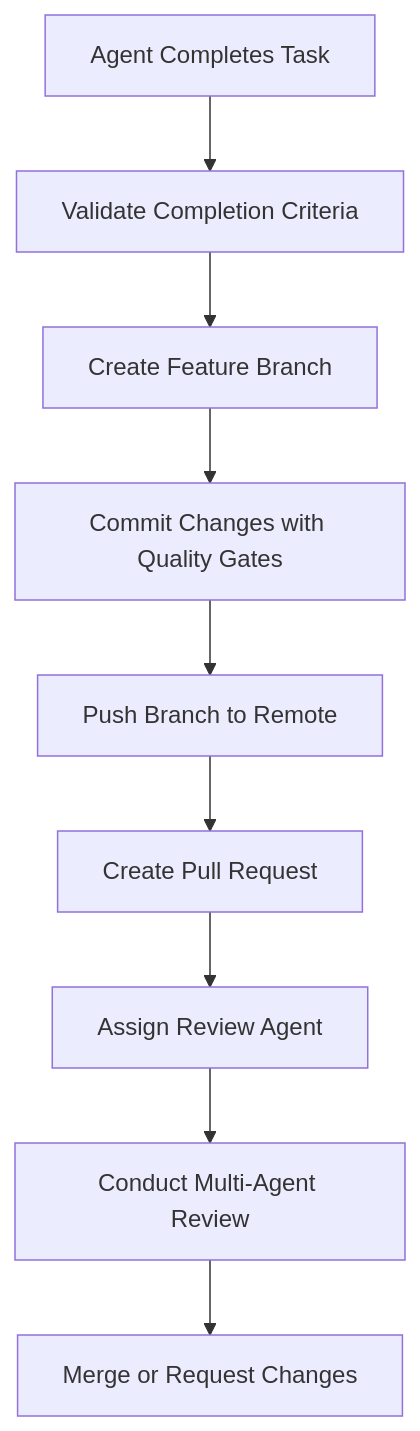
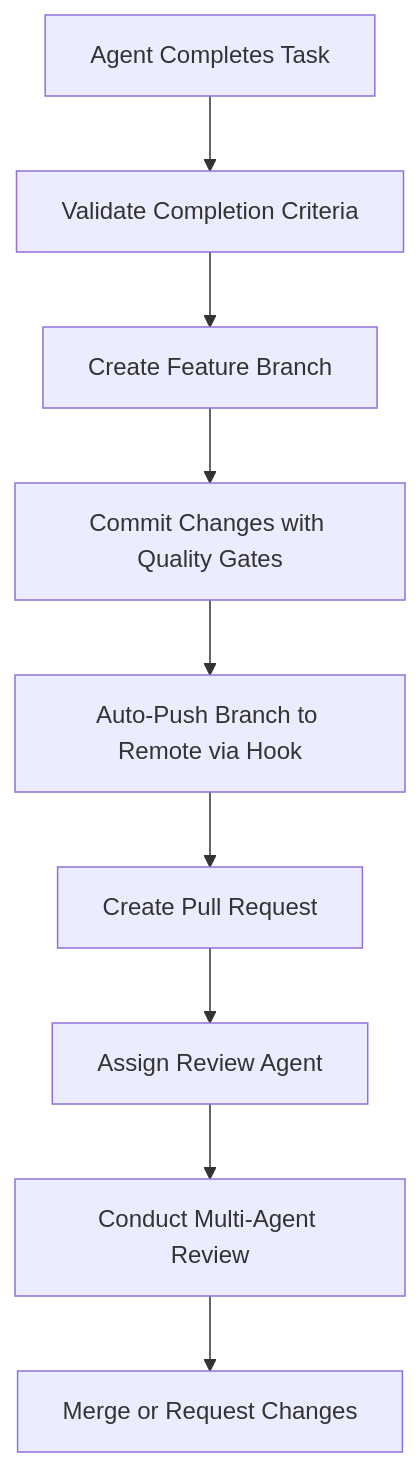
The diagram in docs/PR_REVIEW_WORKFLOW.md (LeanVibe/agent-hive), drawn with Mermaid before and after one commit. The commit also changed other lines of this file and 2 other files, not shown here.

First line of the commit message:
feat: Complete automatic branch pushing integration for PR workflow

````diff
--- a/docs/PR_REVIEW_WORKFLOW.md
+++ b/docs/PR_REVIEW_WORKFLOW.md
@@ -9,11 +9,11 @@
 ```mermaid
 graph TD
     A[Agent Completes Task] --> B[Validate Completion Criteria]
     B --> C[Create Feature Branch]
     C --> D[Commit Changes with Quality Gates]
-    D --> E[Push Branch to Remote]
+    D --> E[Auto-Push Branch to Remote via Hook]
     E --> F[Create Pull Request]
     F --> G[Assign Review Agent]
     G --> H[Conduct Multi-Agent Review]
     H --> I[Merge or Request Changes]
 ```
````
